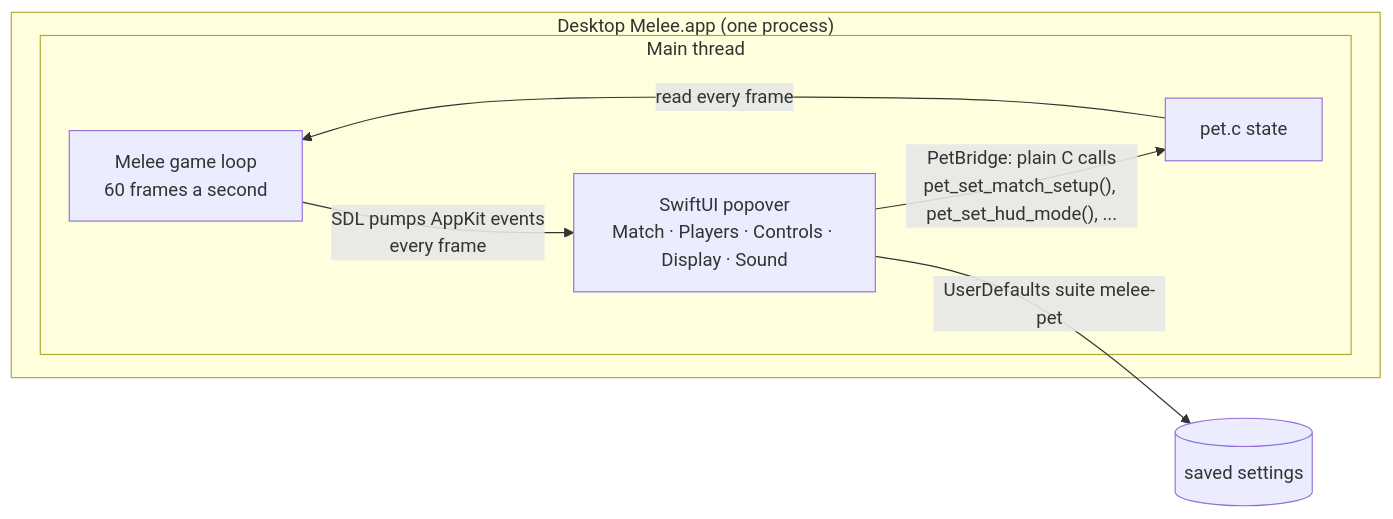
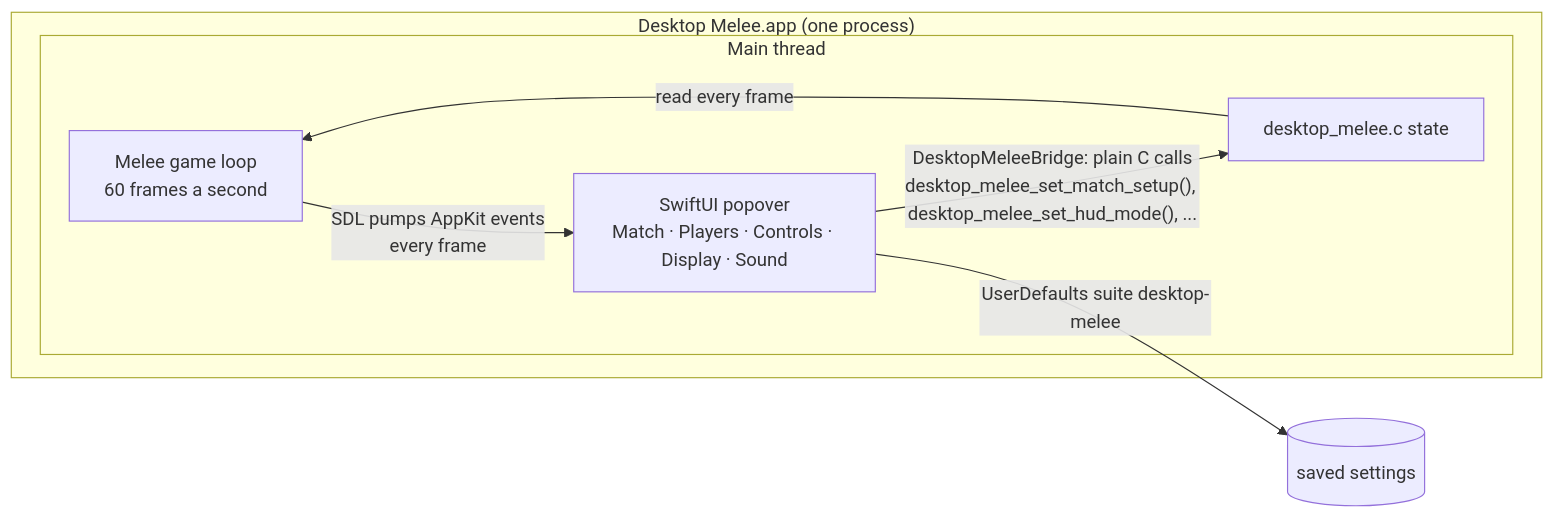
One commit to Mwrnk/desktop-melee changed the ninth of 12 diagrams in docs/desktop-melee/how-it-works.md. Above: the diagram before and after it, drawn with Mermaid. The commit also changed other lines of this file and 67 other files, not shown here.

First line of the commit message:
Rename pet to Desktop Melee in code, paths and docs

````diff
--- a/docs/desktop-melee/how-it-works.md
+++ b/docs/desktop-melee/how-it-works.md
@@ -498,11 +498,11 @@
 ```mermaid
 flowchart LR
     subgraph proc["Desktop Melee.app (one process)"]
         subgraph main["Main thread"]
             LOOP["Melee game loop<br/>60 frames a second"] -->|"SDL pumps AppKit events<br/>every frame"| UI["SwiftUI popover<br/>Match · Players · Controls · Display · Sound"]
-            UI -->|"PetBridge: plain C calls<br/>pet_set_match_setup(), pet_set_hud_mode(), ..."| STATE["pet.c state"]
+            UI -->|"DesktopMeleeBridge: plain C calls<br/>desktop_melee_set_match_setup(), desktop_melee_set_hud_mode(), ..."| STATE["desktop_melee.c state"]
             STATE -->|read every frame| LOOP
         end
     end
-    UI -->|UserDefaults suite melee-pet| PREFS[("saved settings")]
+    UI -->|UserDefaults suite desktop-melee| PREFS[("saved settings")]
 ```
````
